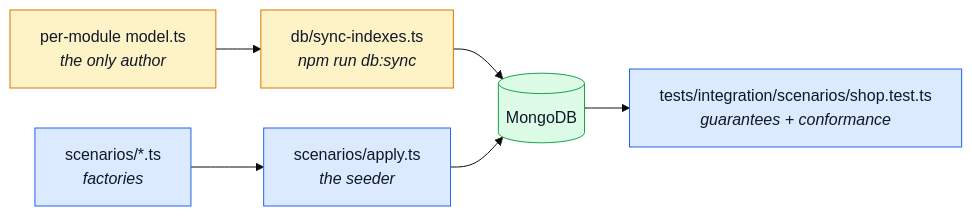
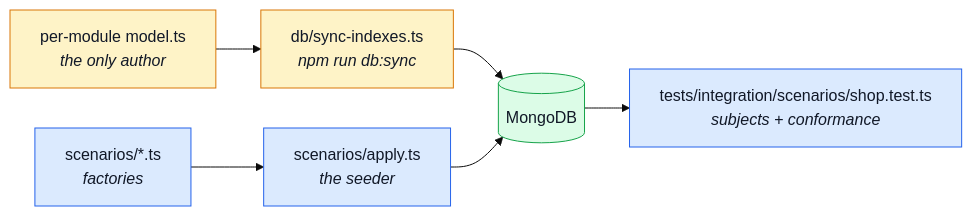
Before and after one commit to Guebbit/boilerplate-node-backend: the first of 2 diagrams in docs/reference/data.md, drawn with Mermaid (base theme). The commit also changed other lines of this file and 44 other files, not shown here.

````diff
--- a/docs/reference/data.md
+++ b/docs/reference/data.md
@@ -20,16 +20,16 @@
 ```mermaid
 %%{init: {'flowchart': {'nodeSpacing': 40, 'rankSpacing': 45}}}%%
 flowchart LR
     Models["per-module model.ts<br/><i>the only author</i>"] --> Sync["db/sync-indexes.ts<br/><i>npm run db:sync</i>"]
     Sync --> Mongo[("MongoDB")]
     Seeds["scenarios/*.ts<br/><i>factories</i>"] --> Index["scenarios/apply.ts<br/><i>the seeder</i>"]
     Index --> Mongo
-    Mongo --> Shop["tests/integration/scenarios/shop.test.ts<br/><i>guarantees + conformance</i>"]
+    Mongo --> Shop["tests/integration/scenarios/shop.test.ts<br/><i>subjects + conformance</i>"]
 
     classDef schema fill:#fef3c7,stroke:#d97706,color:#111827;
     classDef data fill:#dbeafe,stroke:#2563eb,color:#111827;
     classDef store fill:#dcfce7,stroke:#16a34a,color:#111827;
     class Models,Sync schema;
     class Seeds,Index,Shop data;
     class Mongo store;
 ```
````
